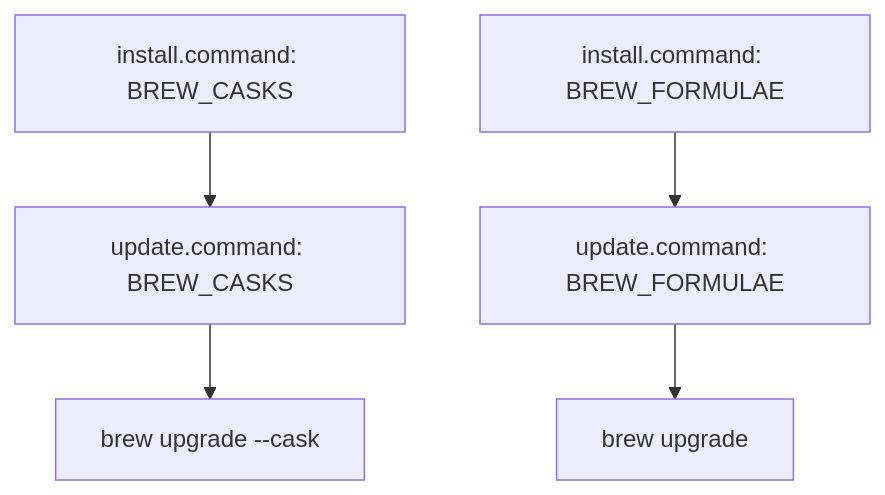
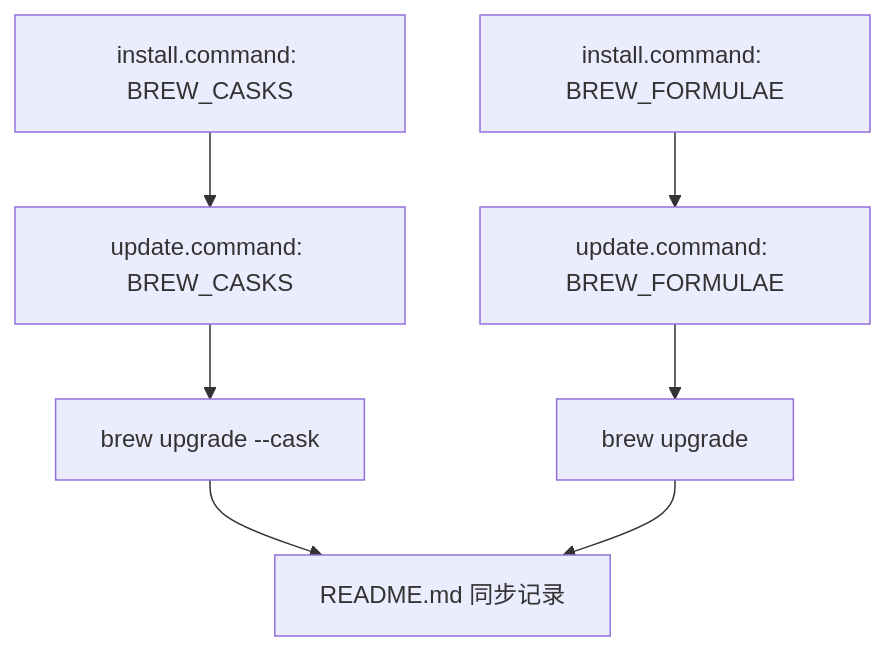
One commit to JobsKits/JobsMacEnvVarConfig changed the second of 2 diagrams in scripts/update.command/README.md. Above: the diagram before and after it, drawn with Mermaid. The commit also changed other lines of this file and 1 other file, not shown here.

````diff
--- a/scripts/update.command/README.md
+++ b/scripts/update.command/README.md
@@ -223,7 +283,9 @@
 ```mermaid
 flowchart TD
     A[install.command: BREW_CASKS] --> B[update.command: BREW_CASKS]
     C[install.command: BREW_FORMULAE] --> D[update.command: BREW_FORMULAE]
     B --> E[brew upgrade --cask]
     D --> F[brew upgrade]
+    E --> G[README.md 同步记录]
+    F --> G
 ```
````
